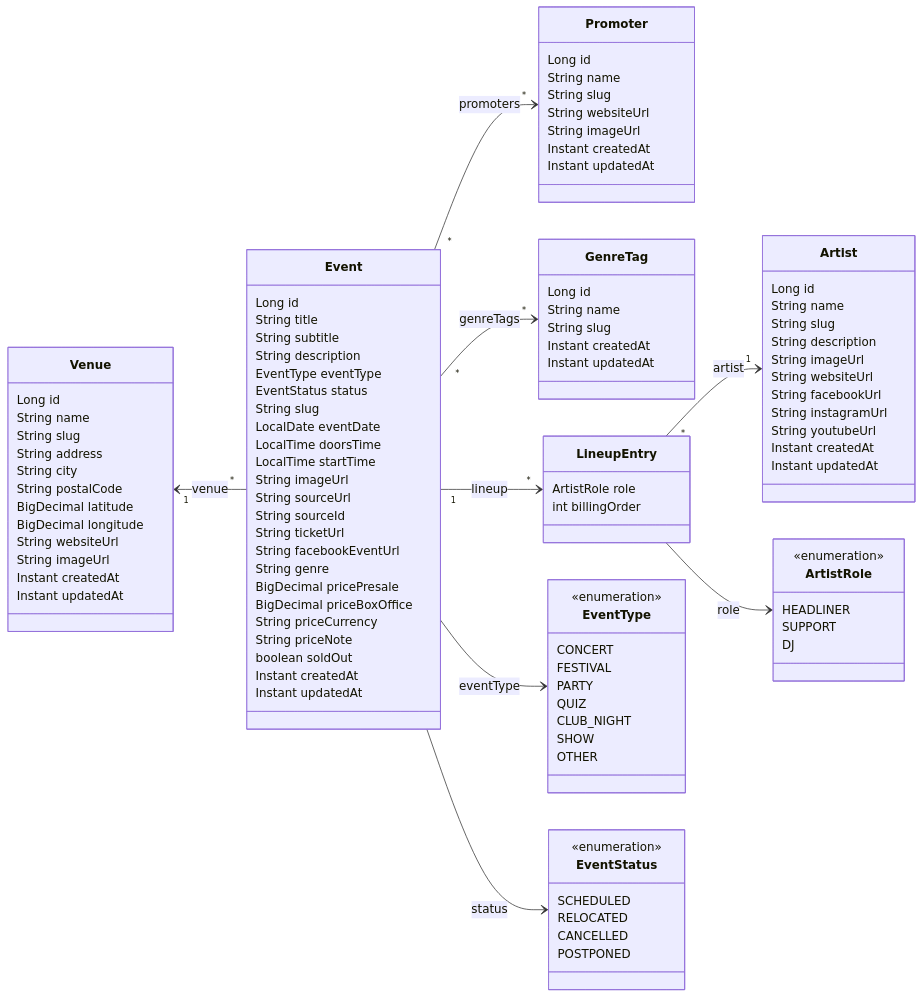
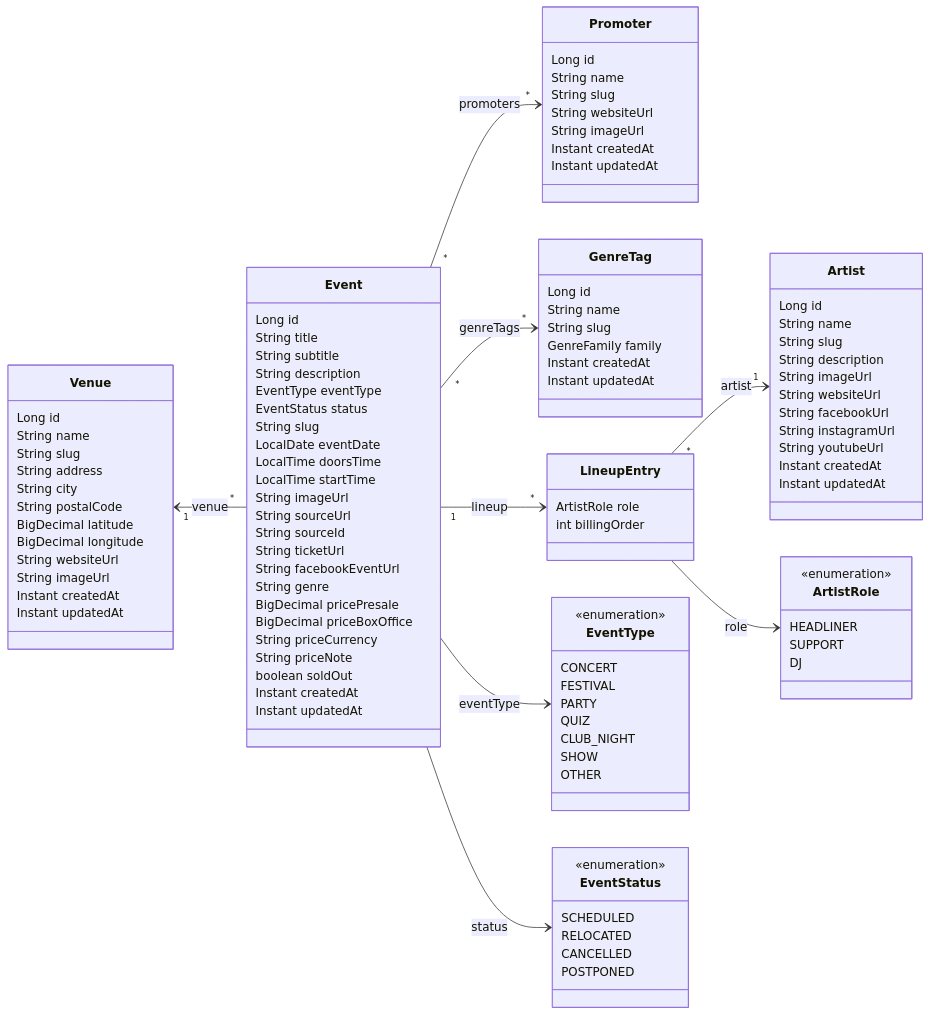
One commit to enorm-labs/event-checker changed the diagram in docs/DATA_MODEL.md. Above: the diagram before and after it, drawn with Mermaid. The commit also changed other lines of this file and 32 other files, not shown here.

First line of the commit message:
feat(events): filter by genre family, then by the styles inside it

```diff
--- a/docs/DATA_MODEL.md
+++ b/docs/DATA_MODEL.md
@@ -90,6 +90,7 @@
         Long id
         String name
         String slug
+        GenreFamily family
         Instant createdAt
         Instant updatedAt
     }
```
